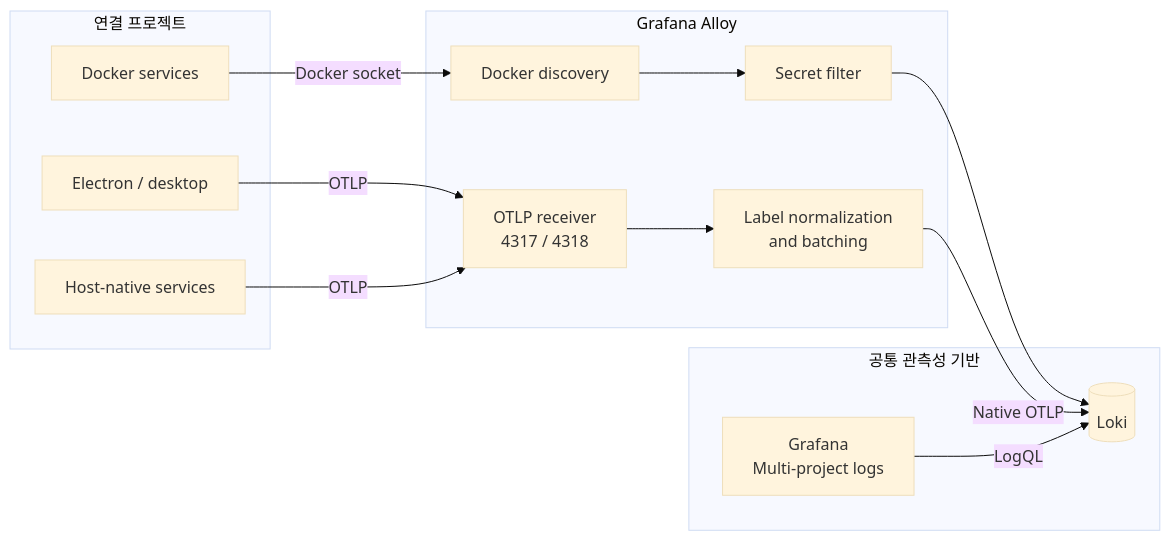
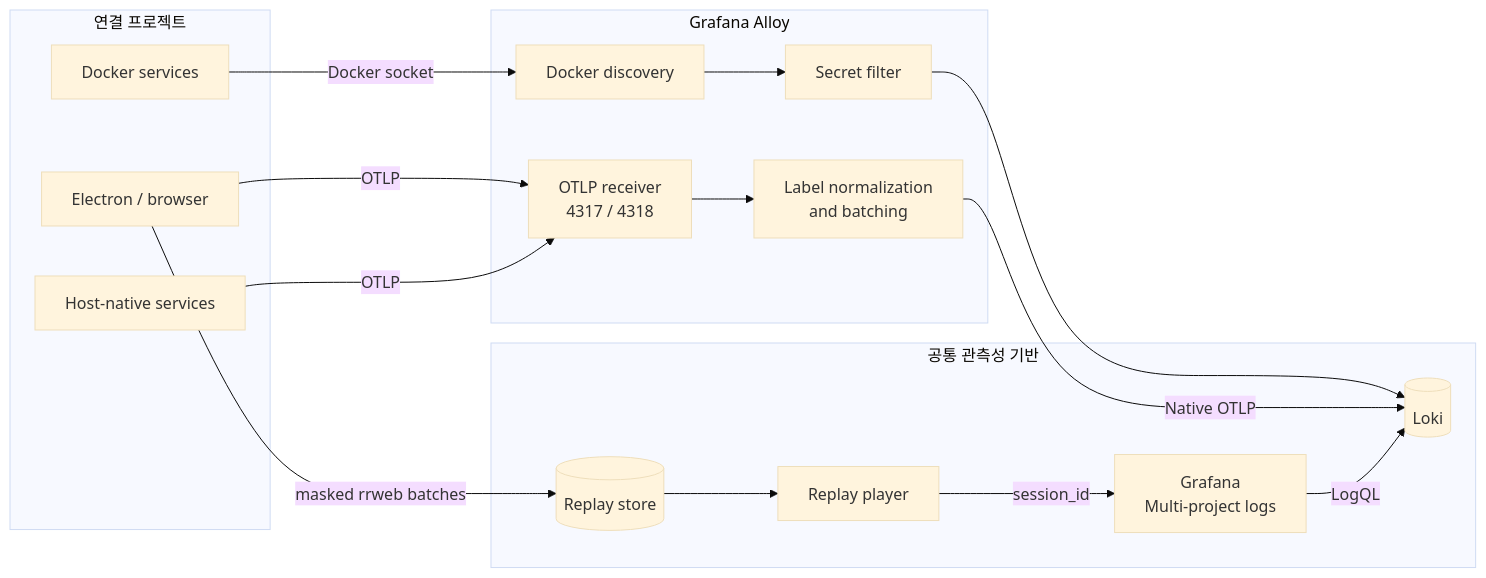
Before and after one commit to lvucatmull/observability-platform: the diagram in README.md, drawn with Mermaid (base theme). The commit also changed other lines of this file and 32 other files, not shown here.

Commit message:
feat: add self-hosted session replay

````diff
--- a/README.md
+++ b/README.md
@@ -17,26 +20,30 @@
 ```mermaid
 flowchart LR
     subgraph Sources[연결 프로젝트]
         D[Docker services]
-        E[Electron / desktop]
+        E[Electron / browser]
         H[Host-native services]
     end
 
     subgraph Collector[Grafana Alloy]
         DD[Docker discovery]
         SF[Secret filter]
         OT[OTLP receiver\n4317 / 4318]
         NM[Label normalization\nand batching]
     end
 
     subgraph Platform[공통 관측성 기반]
         L[(Loki)]
         G[Grafana\nMulti-project logs]
+        R[(Replay store)]
+        RP[Replay player]
     end
 
     D -->|Docker socket| DD --> SF --> L
     E -->|OTLP| OT
     H -->|OTLP| OT
     OT --> NM -->|Native OTLP| L
     G -->|LogQL| L
+    E -->|masked rrweb batches| R --> RP
+    RP -->|session_id| G
 ```
````
